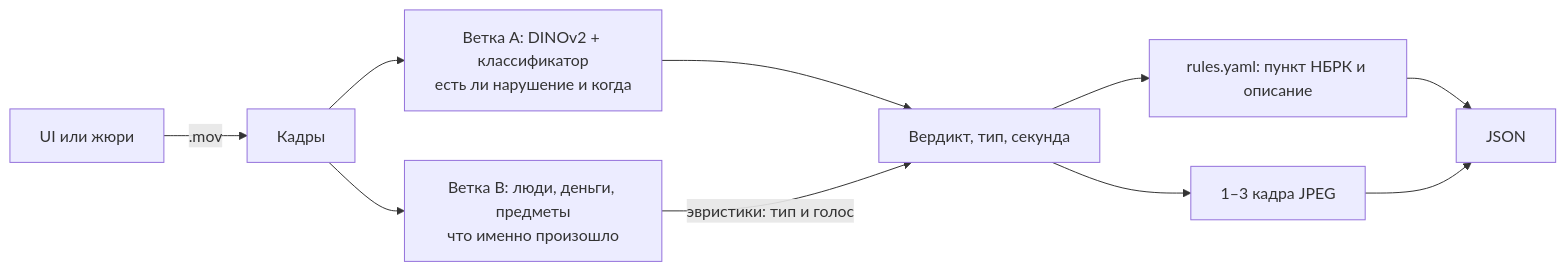
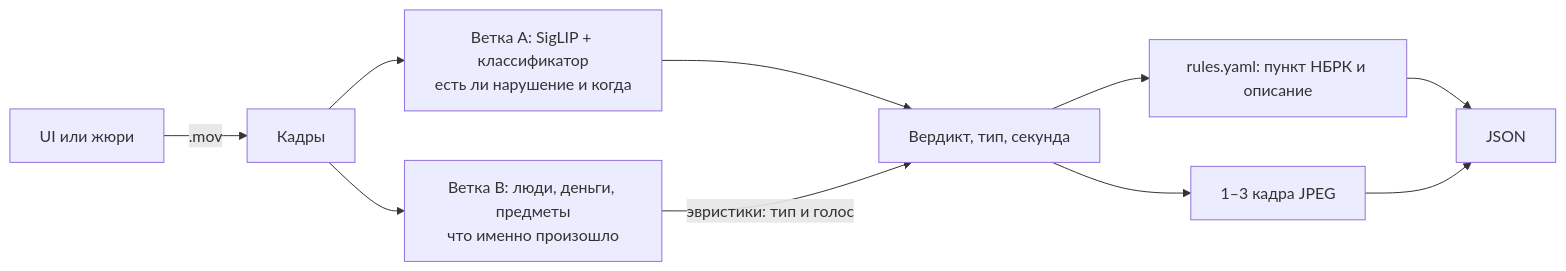
Before and after one commit to M1kado0/forte-datathon: the diagram in README.md, drawn with Mermaid. The commit also changed other lines of this file and 25 other files, not shown here.

Commit message:
feat(#27): switch frame embeddings to SigLIP and evaluate holdout

````diff
--- a/README.md
+++ b/README.md
@@ -96,12 +96,12 @@
 ```mermaid
 flowchart LR
     U["UI или жюри"] -->|.mov| V["Кадры"]
-    V --> A["Ветка A: DINOv2 + классификатор<br/>есть ли нарушение и когда"]
+    V --> A["Ветка A: SigLIP + классификатор<br/>есть ли нарушение и когда"]
     V --> B["Ветка B: люди, деньги, предметы<br/>что именно произошло"]
     A --> M["Вердикт, тип, секунда"]
     B -->|эвристики: тип и голос| M
     M --> R["rules.yaml: пункт НБРК и описание"]
     M --> E["1–3 кадра JPEG"]
     R --> O["JSON"]
     E --> O
 ```
````
